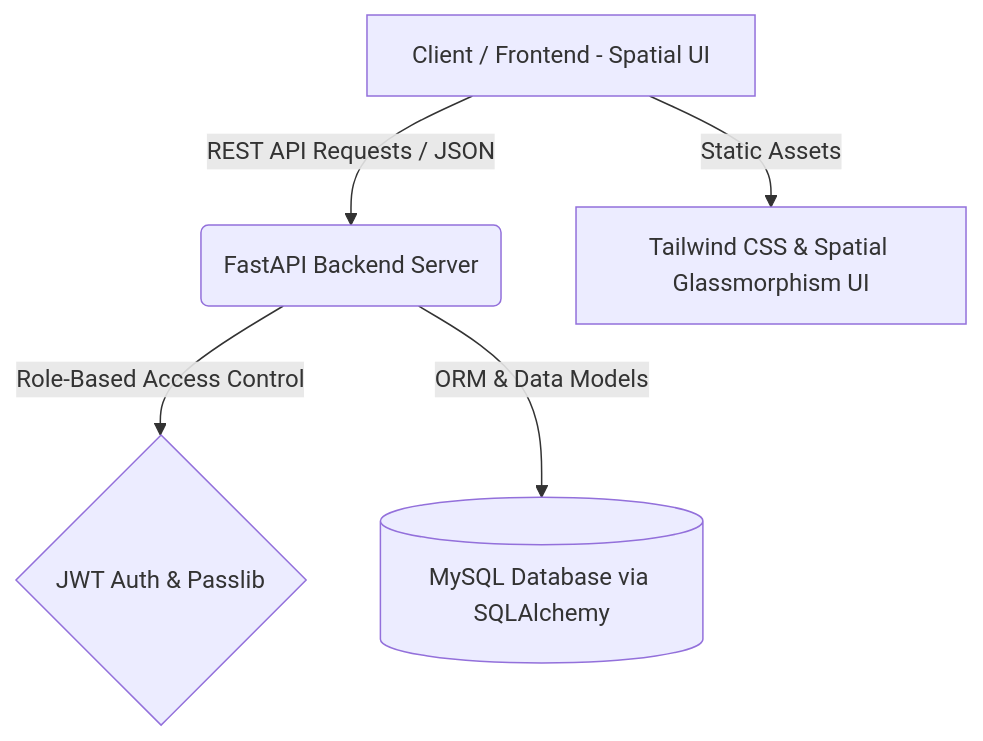
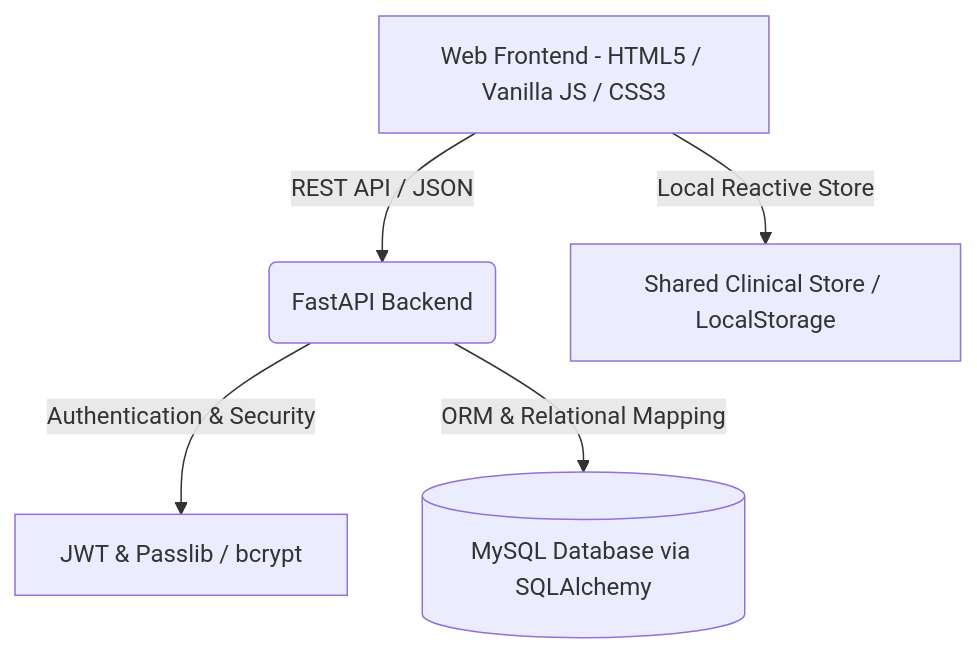
The diagram in README.md (nithin16-cloud/ddp), drawn with Mermaid before and after one commit. The commit also changed other lines of this file and 12 other files, not shown here.

````diff
--- a/README.md
+++ b/README.md
@@ -36,7 +27,7 @@
 ```mermaid
 graph TD
-    A[Client / Frontend - Spatial UI] -->|REST API Requests / JSON| B(FastAPI Backend Server)
-    B -->|Role-Based Access Control| C{JWT Auth & Passlib}
-    B -->|ORM & Data Models| D[(MySQL Database via SQLAlchemy)]
-    A -->|Static Assets| E[Tailwind CSS & Spatial Glassmorphism UI]
+    Client[Web Frontend - HTML5 / Vanilla JS / CSS3] -->|REST API / JSON| Server(FastAPI Backend)
+    Server -->|Authentication & Security| Auth[JWT & Passlib / bcrypt]
+    Server -->|ORM & Relational Mapping| DB[(MySQL Database via SQLAlchemy)]
+    Client -->|Local Reactive Store| Store[Shared Clinical Store / LocalStorage]
 ```
````
